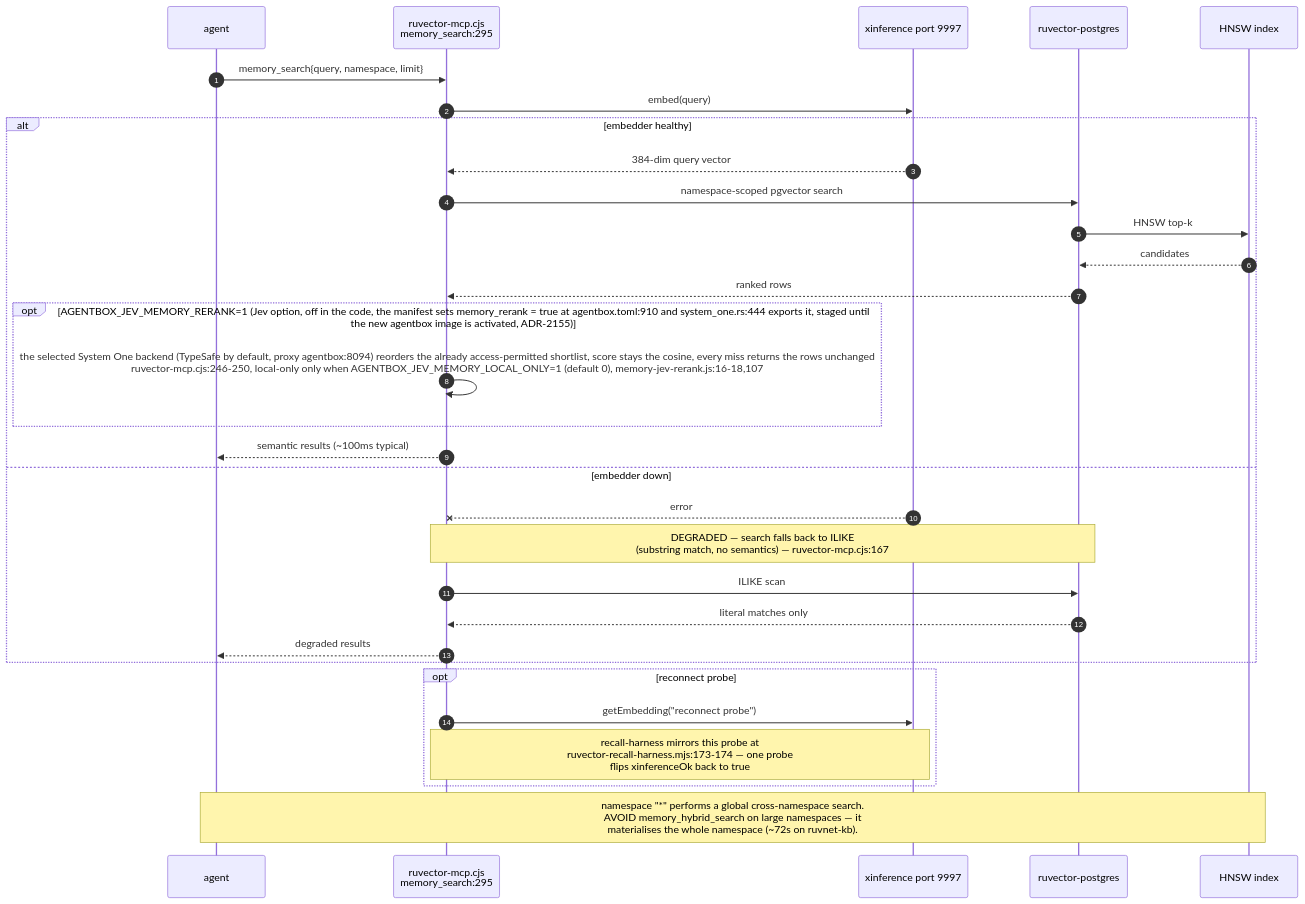
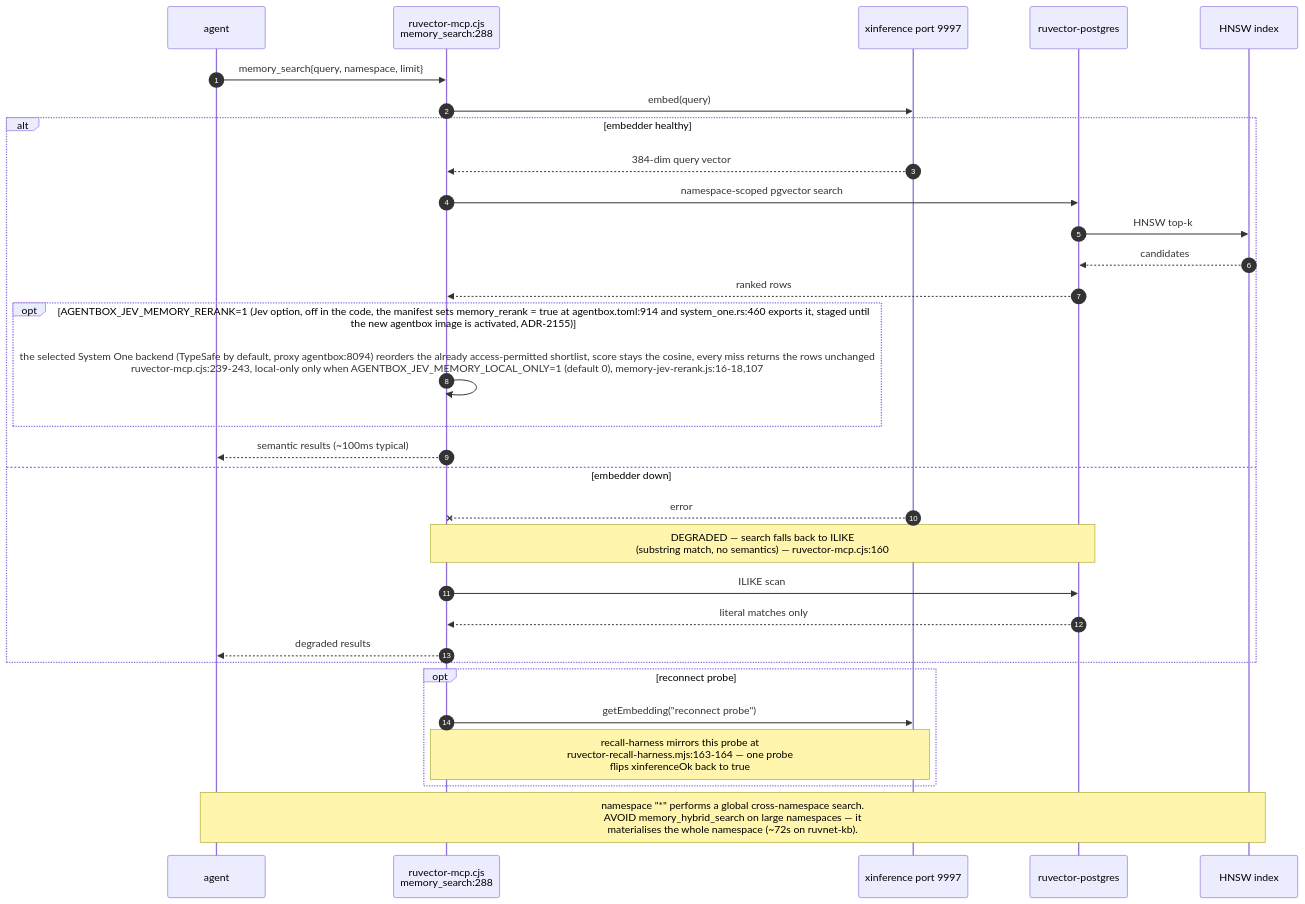
One commit to DreamLab-AI/VisionFlow changed the third of 6 diagrams in docs/diagrams/estate/07-memory-and-embedding-estate.md. Above: the diagram before and after it, drawn with Mermaid. The commit also changed other lines of this file and 91 other files, not shown here.

First line of the commit message:
docs(audit): estate audit wave 2, every repository except agentbox and VisionClaw

````diff
--- a/docs/diagrams/estate/07-memory-and-embedding-estate.md
+++ b/docs/diagrams/estate/07-memory-and-embedding-estate.md
@@ -114,34 +115,34 @@
 ```mermaid
 sequenceDiagram
     autonumber
     participant A as agent
-    participant M as ruvector-mcp.cjs<br/>memory_search:295
+    participant M as ruvector-mcp.cjs<br/>memory_search:288
     participant X as xinference port 9997
     participant P as ruvector-postgres
     participant H as HNSW index
 
     A->>M: memory_search{query, namespace, limit}
     M->>X: embed(query)
     alt embedder healthy
         X-->>M: 384-dim query vector
         M->>P: namespace-scoped pgvector search
         P->>H: HNSW top-k
         H-->>P: candidates
         P-->>M: ranked rows
-        opt AGENTBOX_JEV_MEMORY_RERANK=1 (Jev option, off in the code, the manifest sets memory_rerank = true at agentbox.toml:910 and system_one.rs:444 exports it, staged until the new agentbox image is activated, ADR-2155)
-            M->>M: the selected System One backend (TypeSafe by default, proxy agentbox:8094) reorders the already access-permitted shortlist, score stays the cosine, every miss returns the rows unchanged<br/>ruvector-mcp.cjs:246-250, local-only only when AGENTBOX_JEV_MEMORY_LOCAL_ONLY=1 (default 0), memory-jev-rerank.js:16-18,107
+        opt AGENTBOX_JEV_MEMORY_RERANK=1 (Jev option, off in the code, the manifest sets memory_rerank = true at agentbox.toml:914 and system_one.rs:460 exports it, staged until the new agentbox image is activated, ADR-2155)
+            M->>M: the selected System One backend (TypeSafe by default, proxy agentbox:8094) reorders the already access-permitted shortlist, score stays the cosine, every miss returns the rows unchanged<br/>ruvector-mcp.cjs:239-243, local-only only when AGENTBOX_JEV_MEMORY_LOCAL_ONLY=1 (default 0), memory-jev-rerank.js:16-18,107
         end
         M-->>A: semantic results (~100ms typical)
     else embedder down
         X--xM: error
-        Note over M,P: DEGRADED — search falls back to ILIKE<br/>(substring match, no semantics) — ruvector-mcp.cjs:167
+        Note over M,P: DEGRADED — search falls back to ILIKE<br/>(substring match, no semantics) — ruvector-mcp.cjs:160
         M->>P: ILIKE scan
         P-->>M: literal matches only
         M-->>A: degraded results
     end
     opt reconnect probe
         M->>X: getEmbedding("reconnect probe")
-        Note over M,X: recall-harness mirrors this probe at<br/>ruvector-recall-harness.mjs:173-174 — one probe<br/>flips xinferenceOk back to true
+        Note over M,X: recall-harness mirrors this probe at<br/>ruvector-recall-harness.mjs:163-164 — one probe<br/>flips xinferenceOk back to true
     end
     Note over A,H: namespace "*" performs a global cross-namespace search.<br/>AVOID memory_hybrid_search on large namespaces — it<br/>materialises the whole namespace (~72s on ruvnet-kb).
 ```
````
